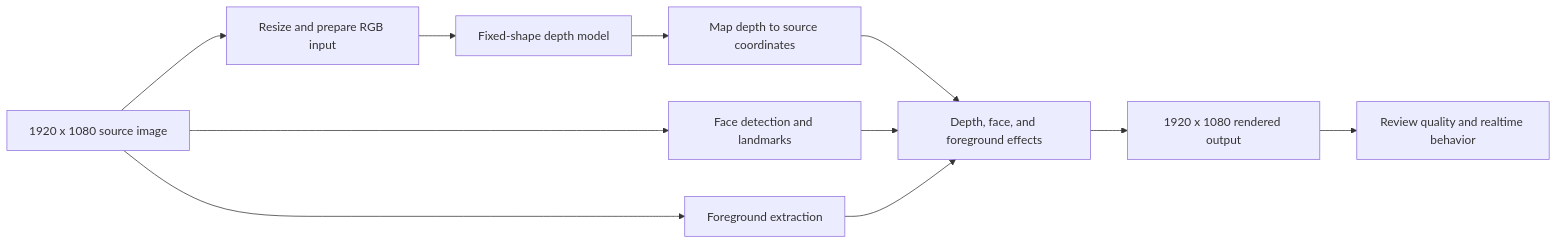
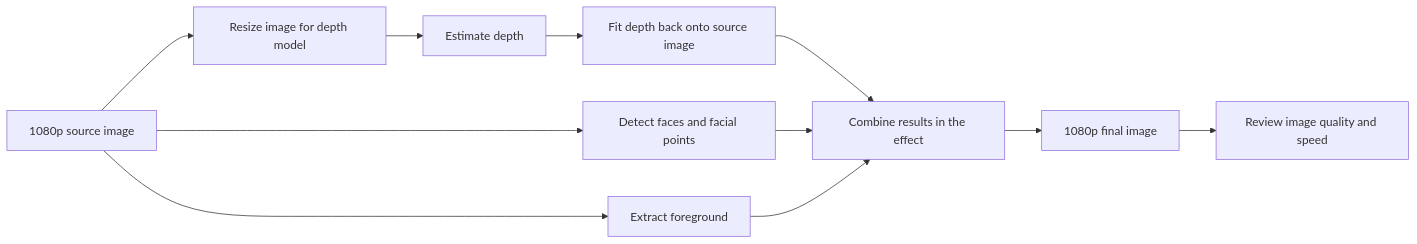
The diagram in studies/1080p-depth-application-study.md (jvcleave/DepthStudies), drawn with Mermaid before and after one commit. The commit also changed other lines of this file, not shown here.

Commit message:
Simplify study language and model names

````diff
--- a/studies/1080p-depth-application-study.md
+++ b/studies/1080p-depth-application-study.md
@@ -71,13 +70,13 @@
 ```mermaid
 flowchart LR
-    A["1920 x 1080 source image"] --> B["Resize and prepare RGB input"]
-    B --> C["Fixed-shape depth model"]
-    C --> D["Map depth to source coordinates"]
-    A --> E["Face detection and landmarks"]
-    A --> F["Foreground extraction"]
-    D --> G["Depth, face, and foreground effects"]
+    A["1080p source image"] --> B["Resize image for depth model"]
+    B --> C["Estimate depth"]
+    C --> D["Fit depth back onto source image"]
+    A --> E["Detect faces and facial points"]
+    A --> F["Extract foreground"]
+    D --> G["Combine results in the effect"]
     E --> G
     F --> G
-    G --> H["1920 x 1080 rendered output"]
-    H --> I["Review quality and realtime behavior"]
+    G --> H["1080p final image"]
+    H --> I["Review image quality and speed"]
 ```
````
